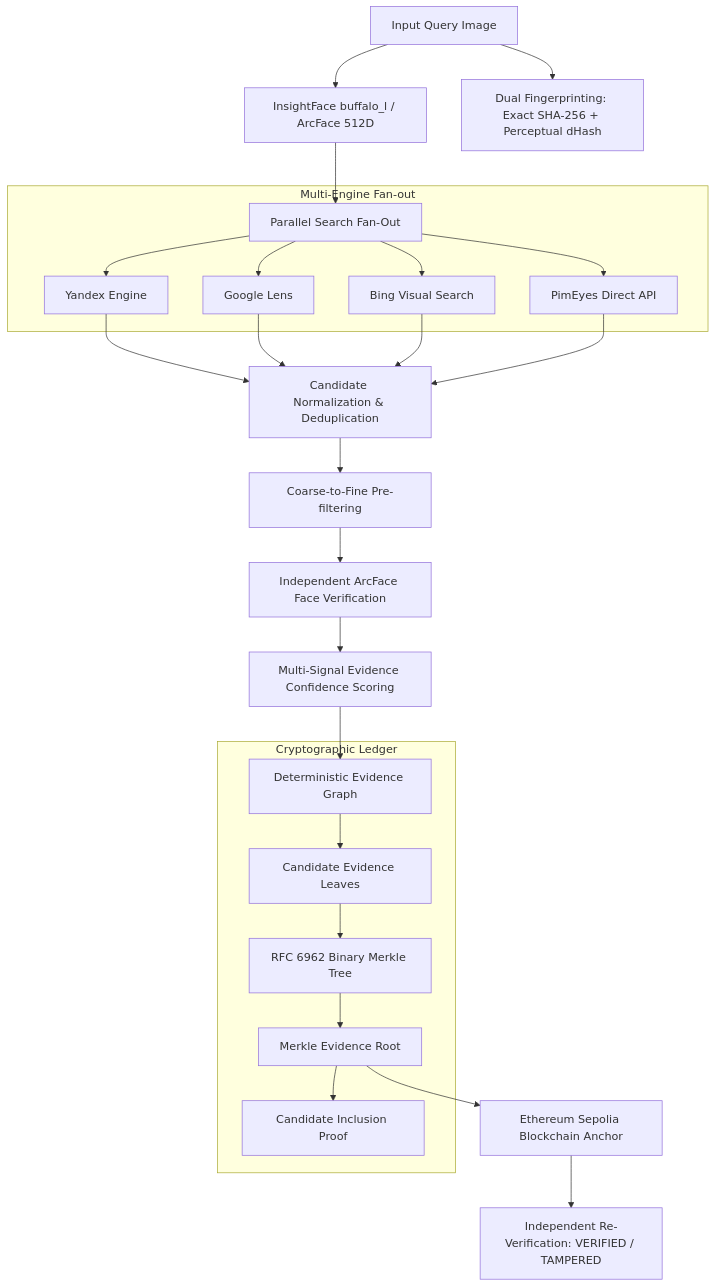
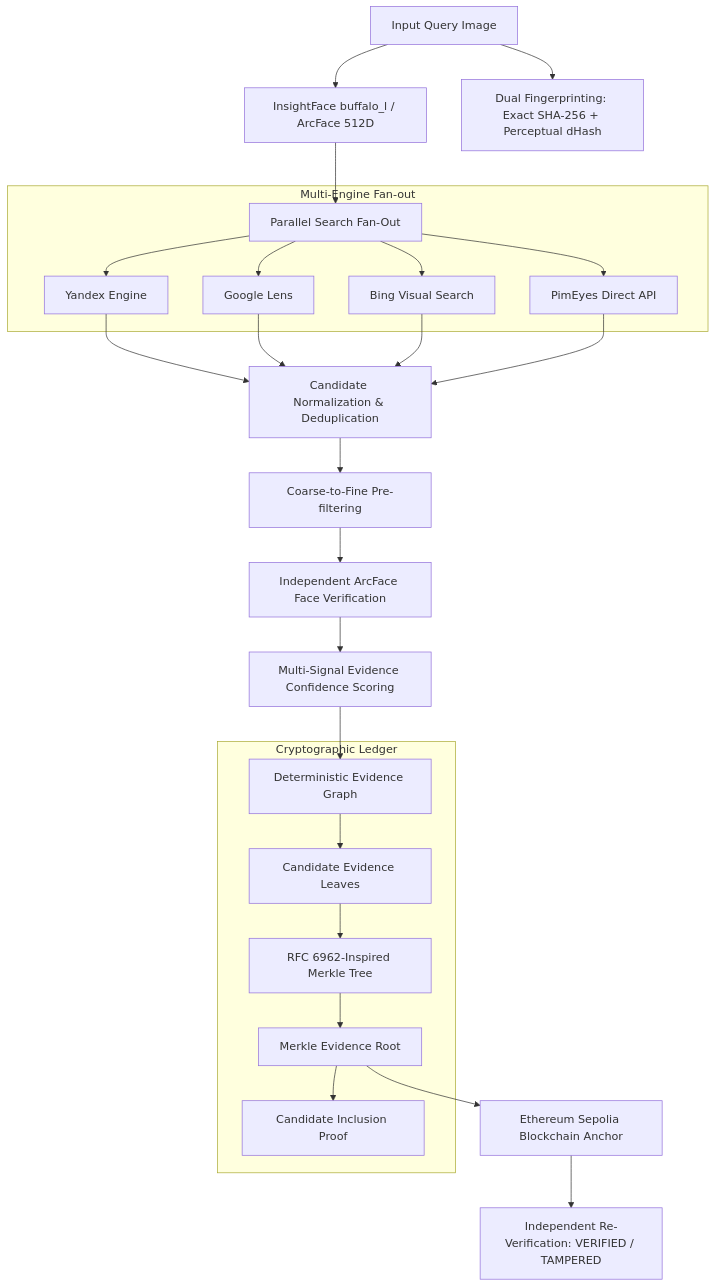
Before and after one commit to vanrajsinh650/TraceFace: the diagram in README.md, drawn with Mermaid. The commit also changed other lines of this file and 1 other file, not shown here.

````diff
--- a/README.md
+++ b/README.md
@@ -70,33 +72,33 @@
 ```mermaid
 flowchart TD
     A[Input Query Image] --> B[InsightFace buffalo_l / ArcFace 512D]
     A --> C[Dual Fingerprinting: Exact SHA-256 + Perceptual dHash]
     B --> D[Parallel Search Fan-Out]
     
     subgraph Multi-Engine Fan-out
         D --> E1[Yandex Engine]
         D --> E2[Google Lens]
         D --> E3[Bing Visual Search]
         D --> E4[PimEyes Direct API]
     end
 
     E1 --> F[Candidate Normalization & Deduplication]
     E2 --> F
     E3 --> F
     E4 --> F
 
     F --> G[Coarse-to-Fine Pre-filtering]
     G --> H[Independent ArcFace Face Verification]
     H --> I[Multi-Signal Evidence Confidence Scoring]
     I --> J[Deterministic Evidence Graph]
     
     subgraph Cryptographic Ledger
         J --> K[Candidate Evidence Leaves]
-        K --> L[RFC 6962 Binary Merkle Tree]
+        K --> L[RFC 6962-Inspired Merkle Tree]
         L --> M[Merkle Evidence Root]
         M --> N[Candidate Inclusion Proof]
     end
 
     M --> O[Ethereum Sepolia Blockchain Anchor]
     O --> P[Independent Re-Verification: VERIFIED / TAMPERED]
 ```
````
